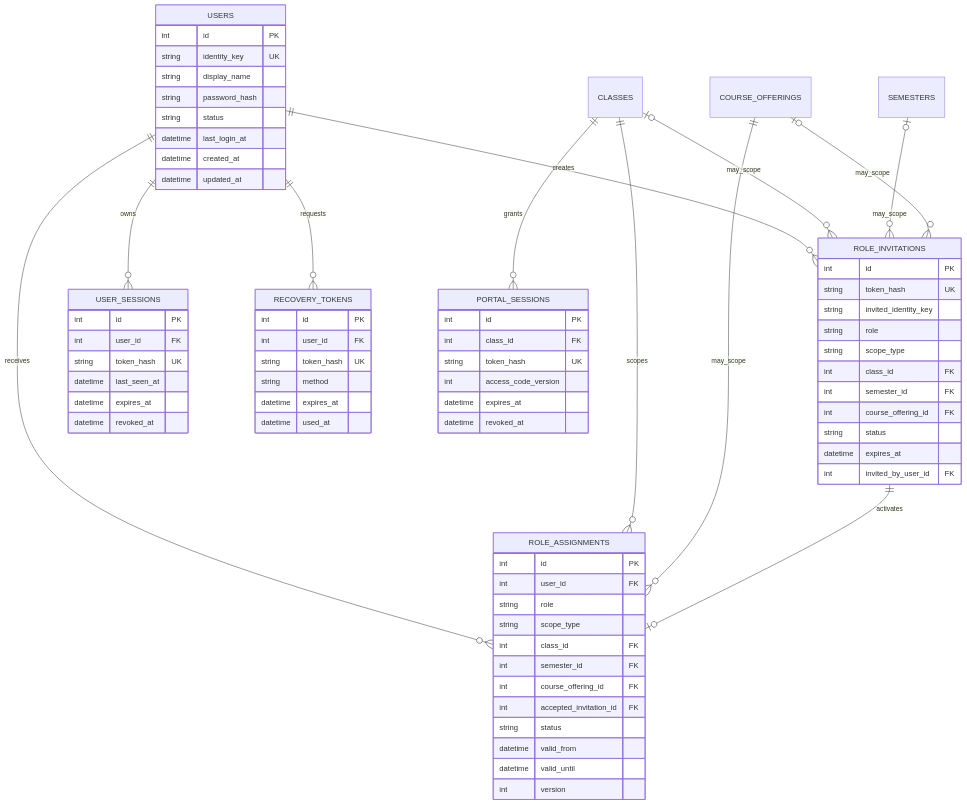
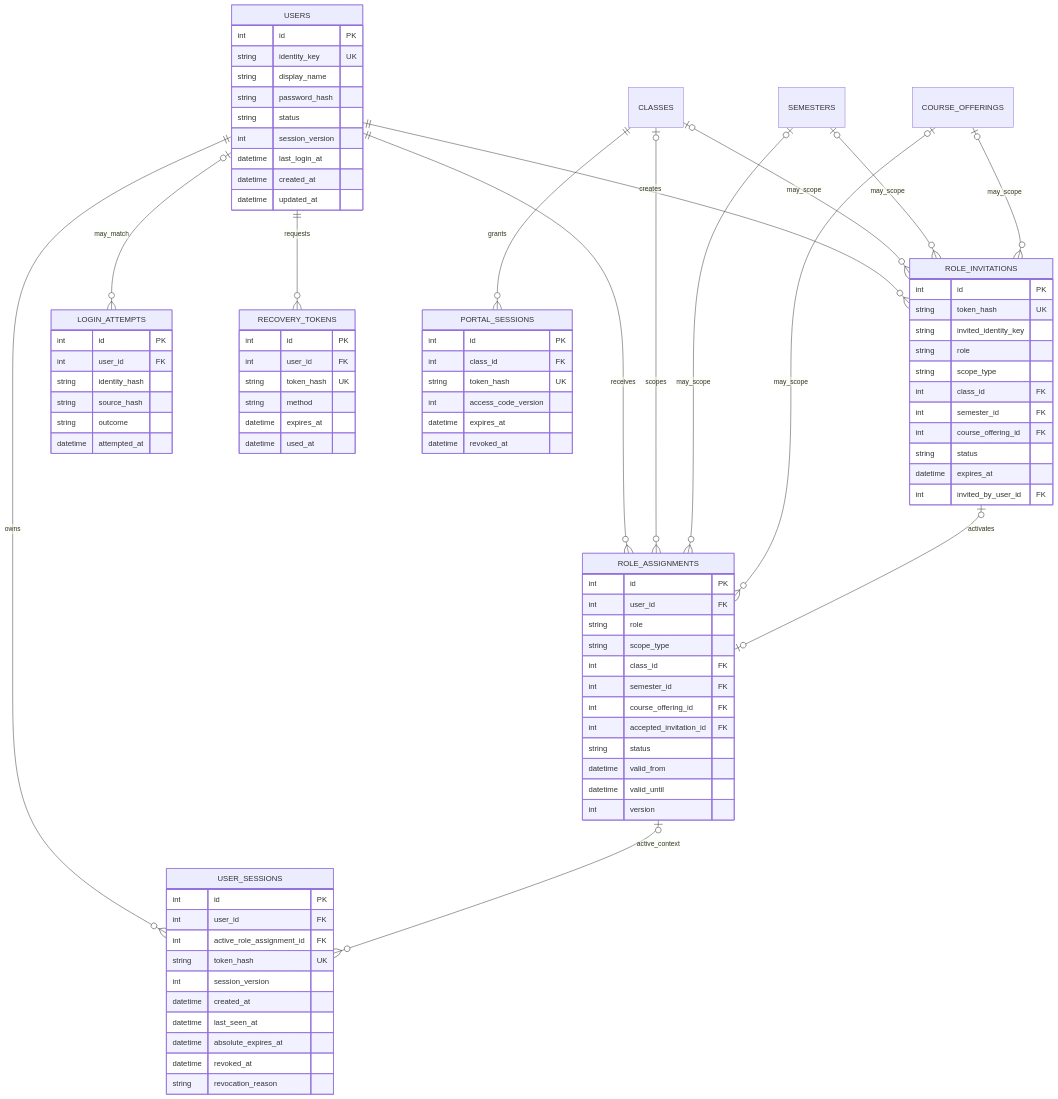
The first of 5 diagrams in docs/product/DATA_MODEL.md (darvaaph/bot-wa-jadwal), drawn with Mermaid before and after one commit. The commit also changed other lines of this file and 8 other files, not shown here.

```diff
--- a/docs/product/DATA_MODEL.md
+++ b/docs/product/DATA_MODEL.md
@@ -55,10 +55,13 @@
     USERS ||--o{ ROLE_ASSIGNMENTS : receives
     USERS ||--o{ ROLE_INVITATIONS : creates
     USERS ||--o{ USER_SESSIONS : owns
+    USERS o|--o{ LOGIN_ATTEMPTS : may_match
+    ROLE_ASSIGNMENTS o|--o{ USER_SESSIONS : active_context
     USERS ||--o{ RECOVERY_TOKENS : requests
-    CLASSES ||--o{ ROLE_ASSIGNMENTS : scopes
-    COURSE_OFFERINGS ||--o{ ROLE_ASSIGNMENTS : may_scope
-    ROLE_INVITATIONS ||--o| ROLE_ASSIGNMENTS : activates
+    CLASSES o|--o{ ROLE_ASSIGNMENTS : scopes
+    SEMESTERS o|--o{ ROLE_ASSIGNMENTS : may_scope
+    COURSE_OFFERINGS o|--o{ ROLE_ASSIGNMENTS : may_scope
+    ROLE_INVITATIONS o|--o| ROLE_ASSIGNMENTS : activates
     CLASSES o|--o{ ROLE_INVITATIONS : may_scope
     SEMESTERS o|--o{ ROLE_INVITATIONS : may_scope
     COURSE_OFFERINGS o|--o{ ROLE_INVITATIONS : may_scope
@@ -70,6 +73,7 @@
         string display_name
         string password_hash
         string status
+        int session_version
         datetime last_login_at
         datetime created_at
         datetime updated_at
@@ -104,10 +108,22 @@
     USER_SESSIONS {
         int id PK
         int user_id FK
+        int active_role_assignment_id FK
         string token_hash UK
+        int session_version
+        datetime created_at
         datetime last_seen_at
-        datetime expires_at
+        datetime absolute_expires_at
         datetime revoked_at
+        string revocation_reason
+    }
+    LOGIN_ATTEMPTS {
+        int id PK
+        int user_id FK
+        string identity_hash
+        string source_hash
+        string outcome
+        datetime attempted_at
     }
     PORTAL_SESSIONS {
         int id PK
```
